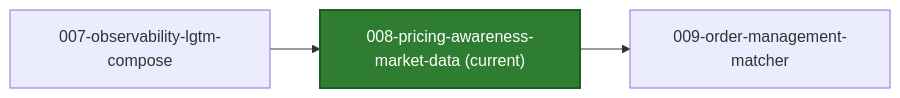
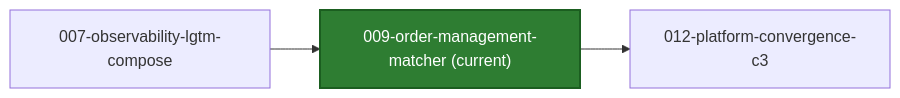
Before and after one commit to azure-octo/traderX: the second of 2 diagrams in README.md, drawn with Mermaid. The commit also changed other lines of this file and 132 other files, not shown here.

First line of the commit message:
snapshot: 009-order-management-matcher generated from a41e87908ebf8e9d2cd385280eacced32887bb1e

````diff
--- a/README.md
+++ b/README.md
@@ -52,12 +50,12 @@
 ```mermaid
 flowchart LR
-  C_CUR["008-pricing-awareness-market-data (current)"]
+  C_CUR["009-order-management-matcher (current)"]
   style C_CUR fill:#2e7d32,stroke:#1b5e20,color:#ffffff,stroke-width:2px
   C_PREV_007_observability_lgtm_compose["007-observability-lgtm-compose"] --> C_CUR
   click C_PREV_007_observability_lgtm_compose href "https://github.com/finos/traderX/tree/code%2Fgenerated-state-007-observability-lgtm-compose" "Open branch"
-  %% compare: https://github.com/finos/traderX/compare/code%2Fgenerated-state-007-observability-lgtm-compose...code%2Fgenerated-state-008-pricing-awareness-market-data
-  C_CUR --> C_NEXT_009_order_management_matcher["009-order-management-matcher"]
-  click C_NEXT_009_order_management_matcher href "https://github.com/finos/traderX/tree/code%2Fgenerated-state-009-order-management-matcher" "Open branch"
-  %% compare: https://github.com/finos/traderX/compare/code%2Fgenerated-state-008-pricing-awareness-market-data...code%2Fgenerated-state-009-order-management-matcher
-  click C_CUR href "https://github.com/finos/traderX/tree/code%2Fgenerated-state-008-pricing-awareness-market-data" "Open current branch"
+  %% compare: https://github.com/finos/traderX/compare/code%2Fgenerated-state-007-observability-lgtm-compose...code%2Fgenerated-state-009-order-management-matcher
+  C_CUR --> C_NEXT_012_platform_convergence_c3["012-platform-convergence-c3"]
+  click C_NEXT_012_platform_convergence_c3 href "https://github.com/finos/traderX/tree/code%2Fgenerated-state-012-platform-convergence-c3" "Open branch"
+  %% compare: https://github.com/finos/traderX/compare/code%2Fgenerated-state-009-order-management-matcher...code%2Fgenerated-state-012-platform-convergence-c3
+  click C_CUR href "https://github.com/finos/traderX/tree/code%2Fgenerated-state-009-order-management-matcher" "Open current branch"
 ```
````
